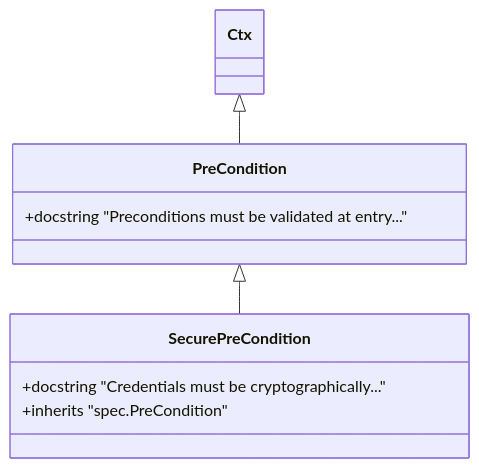
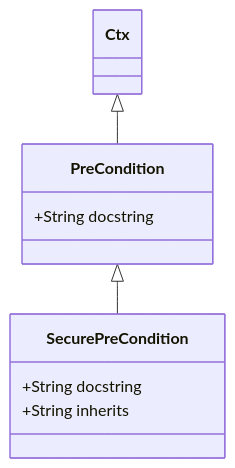
The diagram in docs/explanation/osm.md (drhodes/libspec), drawn with Mermaid before and after one commit. The commit also changed 6 other files, not shown here.

Commit message:
fix(docs): resolve mermaid 11 syntax errors across documentation diagrams

````diff
--- a/docs/explanation/osm.md
+++ b/docs/explanation/osm.md
@@ -36,12 +36,12 @@
 ```mermaid
 classDiagram
     Ctx <|-- PreCondition
     PreCondition <|-- SecurePreCondition
     class PreCondition {
-        +docstring "Preconditions must be validated at entry..."
+        +String docstring
     }
     class SecurePreCondition {
-        +docstring "Credentials must be cryptographically..."
-        +inherits "spec.PreCondition"
+        +String docstring
+        +String inherits
     }
 ```
````
